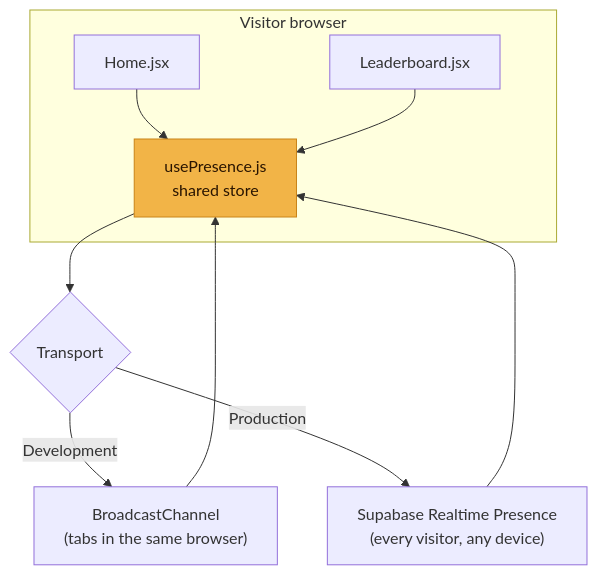
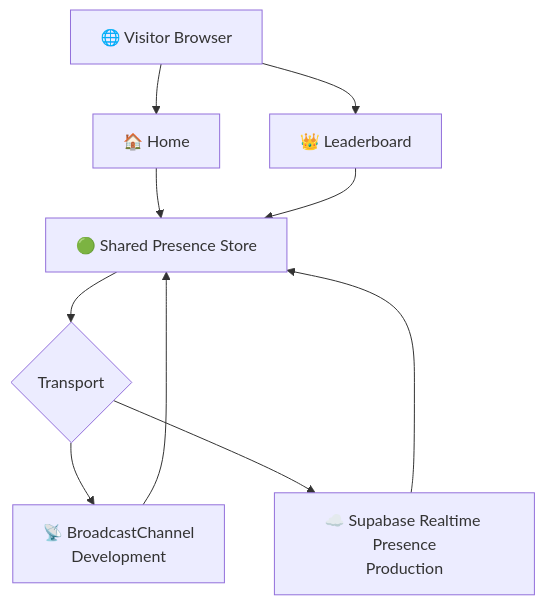
One commit to Ruchitra-Jasmatiya/DuoClash changed the fourth of 4 diagrams in README.md. Above: the diagram before and after it, drawn with Mermaid. The commit also changed other lines of this file, not shown here.

````diff
--- a/README.md
+++ b/README.md
@@ -158,19 +272,30 @@
 ```mermaid
 flowchart TB
-    subgraph Browser["Visitor browser"]
-        H["Home.jsx"]
-        L["Leaderboard.jsx"]
-        P["usePresence.js<br/>shared store"]
-    end
 
-    H --> P
-    L --> P
-    P --> T{"Transport"}
-    T -- "Development" --> BC["BroadcastChannel<br/>(tabs in the same browser)"]
-    T -- "Production" --> SB["Supabase Realtime Presence<br/>(every visitor, any device)"]
-    BC --> P
-    SB --> P
+Browser["🌐 Visitor Browser"]
 
-    classDef store fill:#f2b447,stroke:#c98418,color:#2a1500;
-    class P store;
+Home["🏠 Home"]
+Leaderboard["👑 Leaderboard"]
+
+Presence["🟢 Shared Presence Store"]
+
+Transport{"Transport"}
+
+Broadcast["📡 BroadcastChannel<br/>Development"]
+
+Supabase["☁️ Supabase Realtime Presence<br/>Production"]
+
+Browser --> Home
+Browser --> Leaderboard
+
+Home --> Presence
+Leaderboard --> Presence
+
+Presence --> Transport
+
+Transport --> Broadcast
+Transport --> Supabase
+
+Broadcast --> Presence
+Supabase --> Presence
 ```
````
